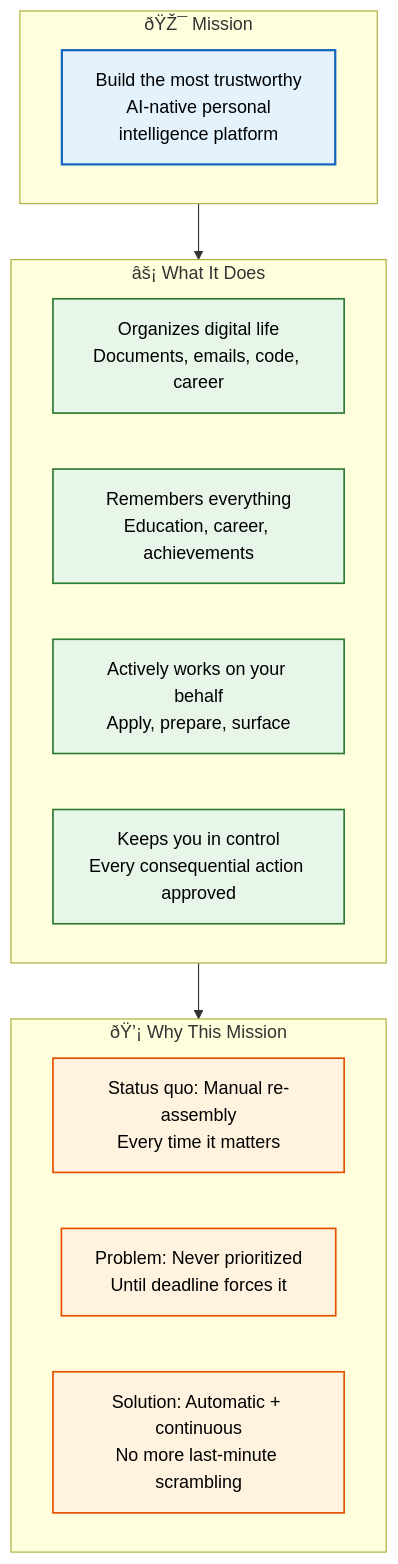
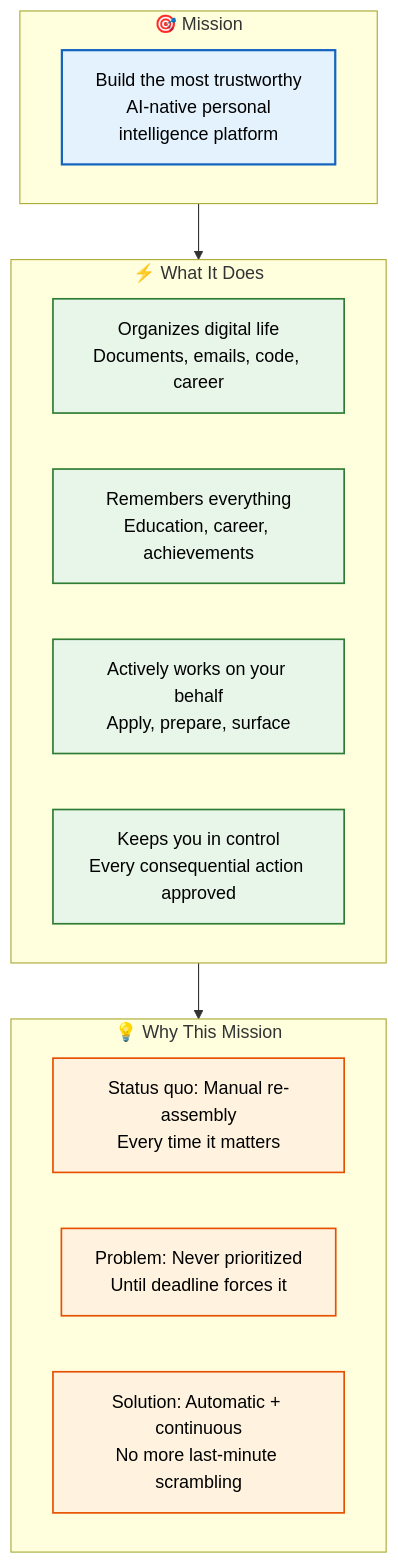
Before and after one commit to Driftloom/Vaeloom: the diagram in Docs/Product/Mission.md, drawn with Mermaid. The commit also changed other lines of this file and 31 other files, not shown here.

Commit message:
docs(product): add PRD, roadmap, user-stories, personas, specs, and strategy

````diff
--- a/Docs/Product/Mission.md
+++ b/Docs/Product/Mission.md
@@ -8,29 +8,29 @@
 ```mermaid
 graph TD
     classDef core fill:#e3f2fd,stroke:#1565c0,color:#000,stroke-width:2px
     classDef pillar fill:#e8f5e9,stroke:#2e7d32,color:#000,stroke-width:1.5px
     classDef why fill:#fff3e0,stroke:#e65100,color:#000,stroke-width:1.5px
 
-    subgraph Mission["ðŸŽ¯ Mission"]
+    subgraph Mission["🎯 Mission"]
         M["Build the most trustworthy<br/>AI-native personal<br/>intelligence platform"]
     end
 
-    subgraph What["âš¡ What It Does"]
+    subgraph What["⚡ What It Does"]
         W1["Organizes digital life<br/>Documents, emails, code, career"]
         W2["Remembers everything<br/>Education, career, achievements"]
         W3["Actively works on your behalf<br/>Apply, prepare, surface"]
         W4["Keeps you in control<br/>Every consequential action approved"]
     end
 
-    subgraph Why["ðŸ’¡ Why This Mission"]
+    subgraph Why["💡 Why This Mission"]
         Y1["Status quo: Manual re-assembly<br/>Every time it matters"]
         Y2["Problem: Never prioritized<br/>Until deadline forces it"]
         Y3["Solution: Automatic + continuous<br/>No more last-minute scrambling"]
     end
 
     Mission --> What --> Why
 
     class M core
     class W1,W2,W3,W4 pillar
     class Y1,Y2,Y3 why
 ```
````
